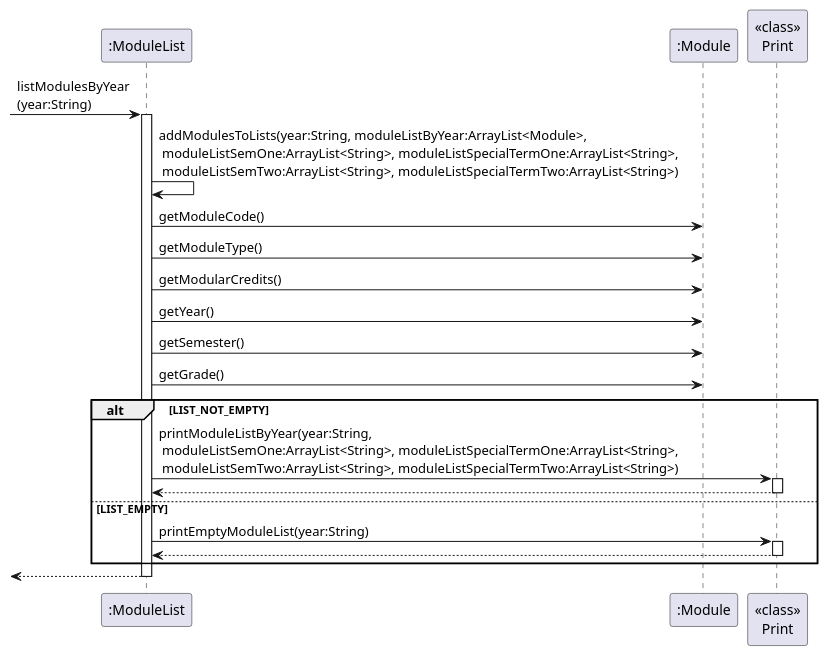
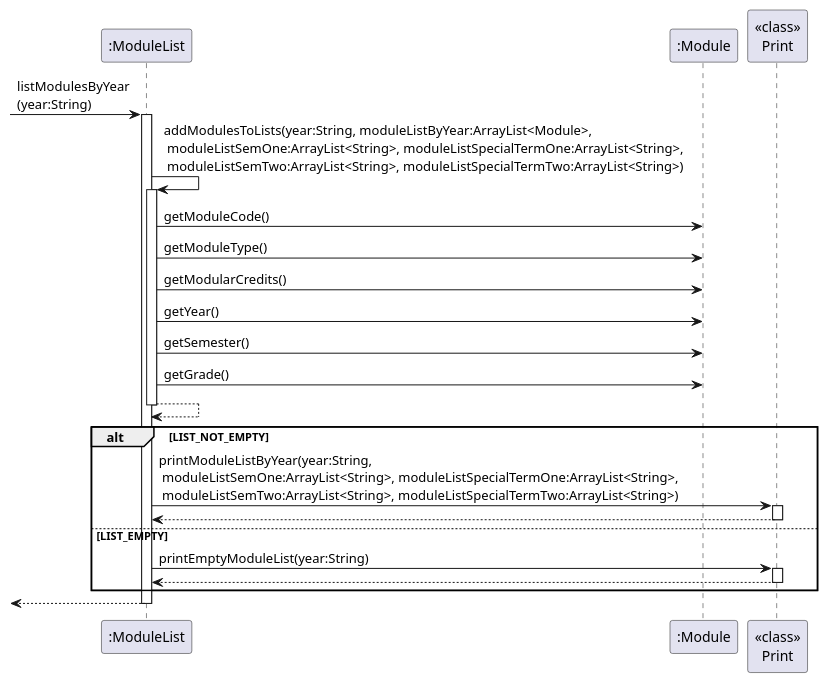
The diagram in docs/diagrams/ListCommand.puml (saintzaw/tp), drawn with PlantUML before and after one commit. The commit also changed 3 other files, not shown here.

```diff
--- a/docs/diagrams/ListCommand.puml
+++ b/docs/diagrams/ListCommand.puml
@@ -1,29 +1,31 @@
 @startuml
 participant ":ModuleList" as ML
 participant ":Module" as Mod
 participant "<<class>>\nPrint" as Print
 
 [->ML : listModulesByYear\n(year:String)
  activate ML
         ML -> ML: addModulesToLists(year:String, moduleListByYear:ArrayList<Module>,\n moduleListSemOne:ArrayList<String>, moduleListSpecialTermOne:ArrayList<String>, \n moduleListSemTwo:ArrayList<String>, moduleListSpecialTermTwo:ArrayList<String>)
+ activate ML
         ML -> Mod: getModuleCode()
         ML -> Mod: getModuleType()
         ML -> Mod: getModularCredits()
         ML -> Mod: getYear()
         ML -> Mod: getSemester()
         ML -> Mod: getGrade()
-
+ML-->ML
+deactivate ML
         alt LIST_NOT_EMPTY
             ML -> Print : printModuleListByYear(year:String,\n moduleListSemOne:ArrayList<String>, moduleListSpecialTermOne:ArrayList<String>, \n moduleListSemTwo:ArrayList<String>, moduleListSpecialTermTwo:ArrayList<String>)
             activate Print
             Print --> ML
             deactivate Print
         else LIST_EMPTY
             ML -> Print : printEmptyModuleList(year:String)
             activate Print
             Print --> ML
             deactivate Print
         end
 ML-->[
 deactivate ML
 @enduml
```
